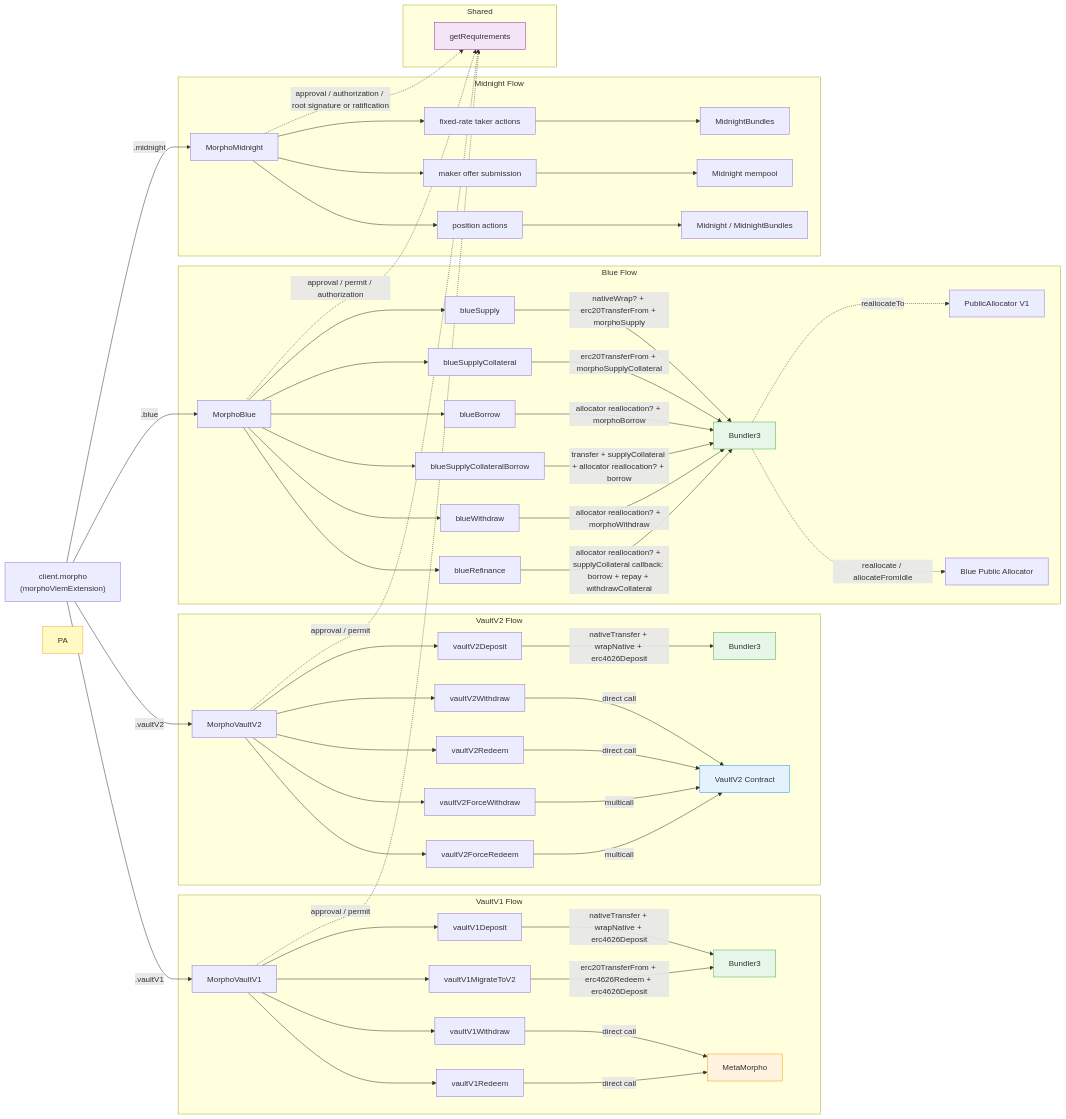
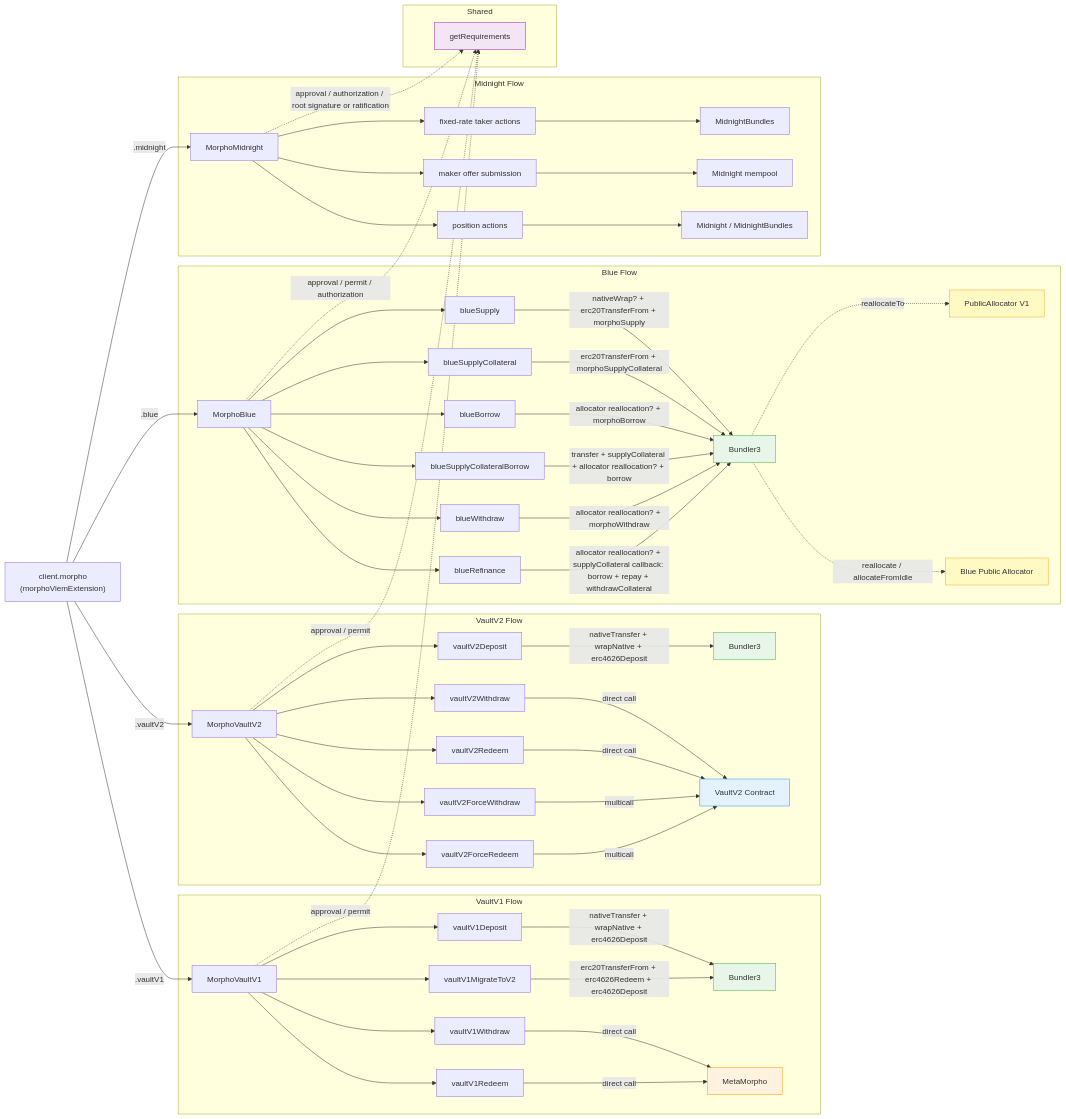
One commit to morpho-org/sdks changed the diagram in packages/morpho-sdk/README.md. Above: the diagram before and after it, drawn with Mermaid. The commit also changed 54 other files, not shown here.

````diff
--- a/packages/morpho-sdk/README.md
+++ b/packages/morpho-sdk/README.md
@@ -255,5 +255,6 @@
     style MM fill:#fff3e0,stroke:#ff9800
     style V2C fill:#e3f2fd,stroke:#2196f3
     style REQ fill:#f3e5f5,stroke:#9c27b0
-    style PA fill:#fff9c4,stroke:#f9a825
+    style PA1 fill:#fff9c4,stroke:#f9a825
+    style BPA fill:#fff9c4,stroke:#f9a825
 ```
````
